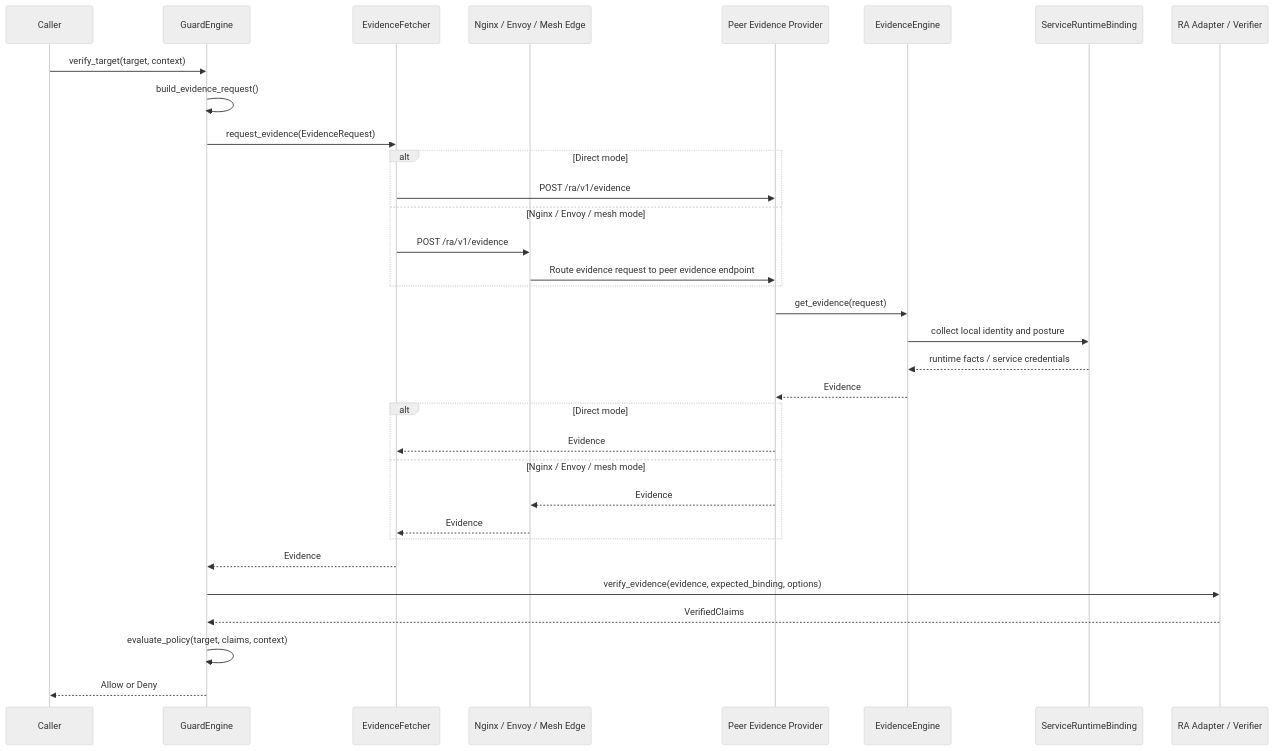
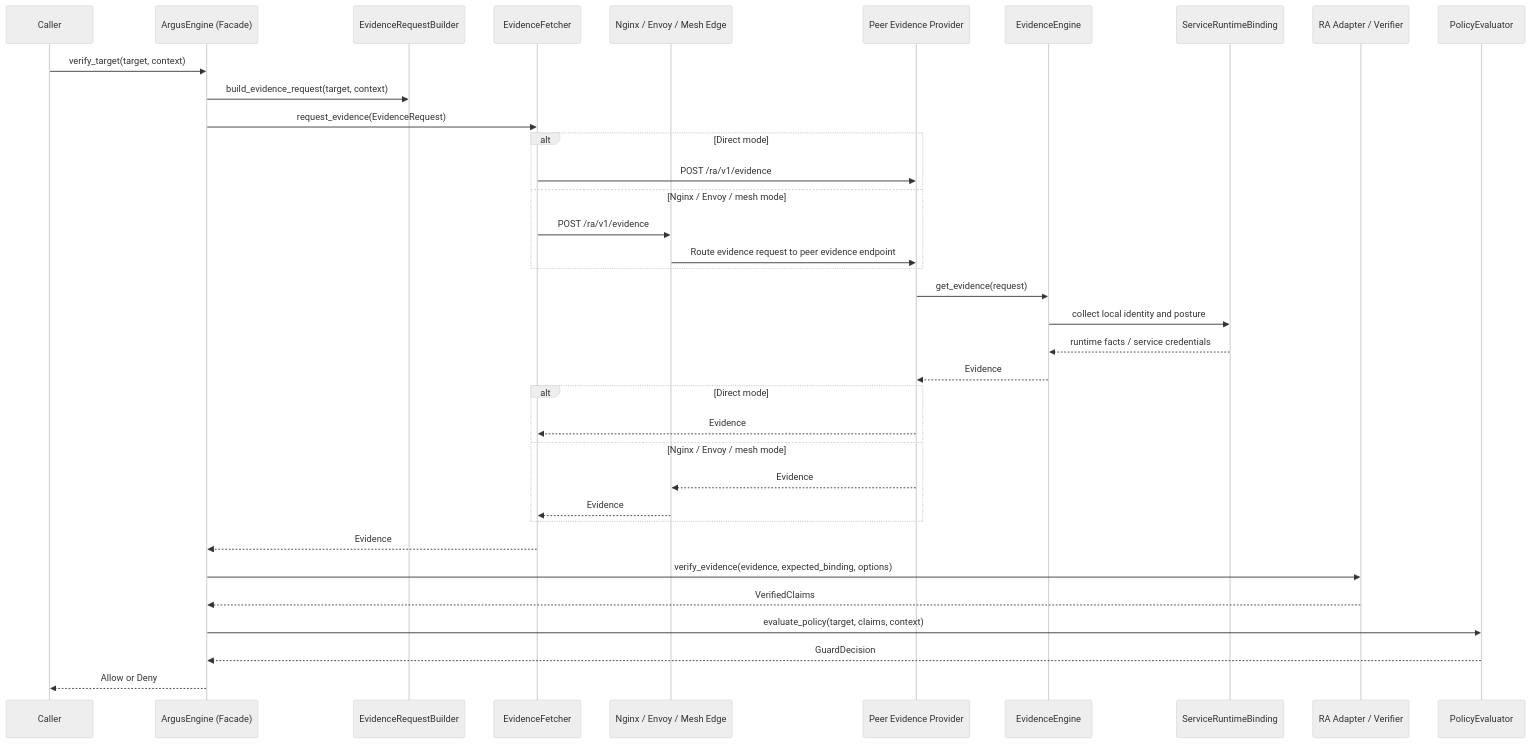
Before and after one commit to intel/confidential-computing-zoo: the diagram in cczoo/agent-cc/core/argus/docs/api.md, drawn with Mermaid (neutral theme). The commit also changed other lines of this file and 27 other files, not shown here.

````diff
--- a/cczoo/agent-cc/core/argus/docs/api.md
+++ b/cczoo/agent-cc/core/argus/docs/api.md
@@ -147,36 +159,39 @@
 ```mermaid
 sequenceDiagram
   participant C as Caller
-  participant G as GuardEngine
+  participant A as ArgusEngine (Facade)
+  participant B as EvidenceRequestBuilder
   participant F as EvidenceFetcher
   participant M as Nginx / Envoy / Mesh Edge
   participant P as Peer Evidence Provider
   participant E as EvidenceEngine
   participant R as ServiceRuntimeBinding
   participant V as RA Adapter / Verifier
+  participant L as PolicyEvaluator
 
-  C->>G: verify_target(target, context)
-  G->>G: build_evidence_request()
-  G->>F: request_evidence(EvidenceRequest)
+  C->>A: verify_target(target, context)
+  A->>B: build_evidence_request(target, context)
+  A->>F: request_evidence(EvidenceRequest)
   alt Direct mode
     F->>P: POST /ra/v1/evidence
   else Nginx / Envoy / mesh mode
     F->>M: POST /ra/v1/evidence
     M->>P: Route evidence request to peer evidence endpoint
   end
   P->>E: get_evidence(request)
   E->>R: collect local identity and posture
   R-->>E: runtime facts / service credentials
   E-->>P: Evidence
   alt Direct mode
     P-->>F: Evidence
   else Nginx / Envoy / mesh mode
     P-->>M: Evidence
     M-->>F: Evidence
   end
-  F-->>G: Evidence
-  G->>V: verify_evidence(evidence, expected_binding, options)
-  V-->>G: VerifiedClaims
-  G->>G: evaluate_policy(target, claims, context)
-  G-->>C: Allow or Deny
+  F-->>A: Evidence
+  A->>V: verify_evidence(evidence, expected_binding, options)
+  V-->>A: VerifiedClaims
+  A->>L: evaluate_policy(target, claims, context)
+  L-->>A: GuardDecision
+  A-->>C: Allow or Deny
 ```
````
